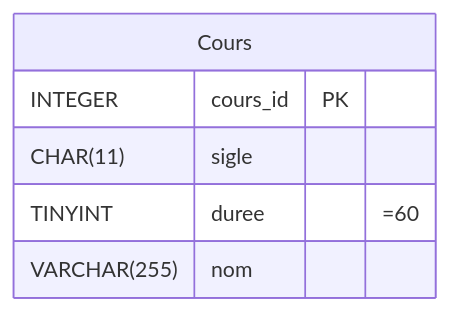
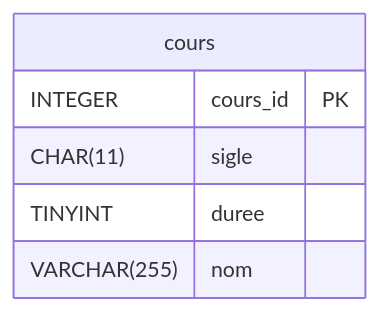
The fourth of 8 diagrams in docs/notes_de_cours/section_1.4.md (cegepvictoetienne/bd1), drawn with Mermaid before and after one commit. The commit also changed other lines of this file and 1 other file, not shown here.

````diff
--- a/docs/notes_de_cours/section_1.4.md
+++ b/docs/notes_de_cours/section_1.4.md
@@ -175,9 +160,9 @@
 ``` mermaid
 erDiagram  
-    p[Cours] {
+    p[cours] {
         INTEGER cours_id PK
         CHAR(11) sigle
-        TINYINT duree "=60"
+        TINYINT duree
         VARCHAR(255) nom
     }
 ```
````
